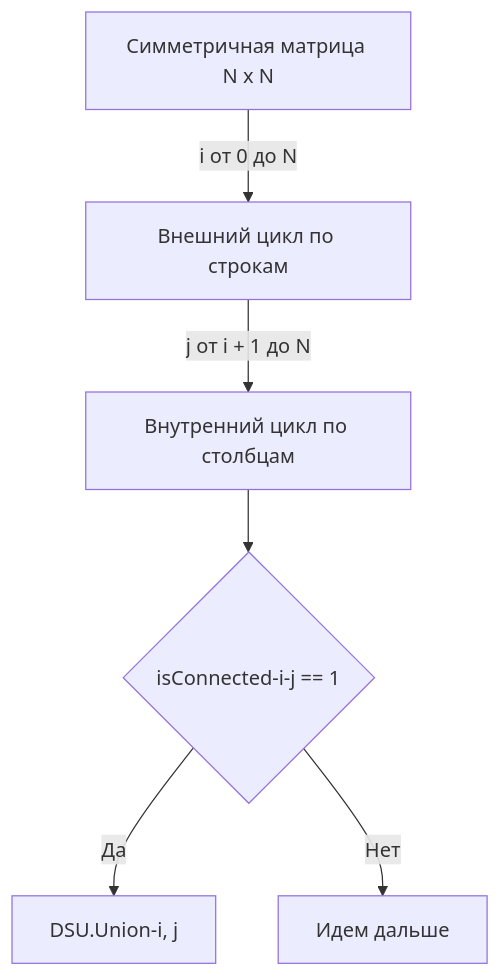
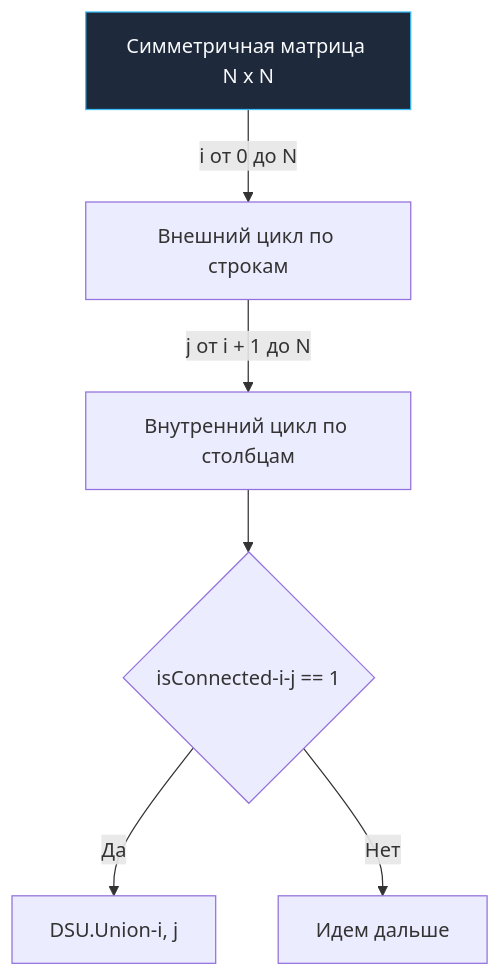
One commit to UnrealTemplier/go-textbook changed the diagram in sources/21. Задачи с LeetCode и собеседований на Go/02. Задачи/15. Union Find/7. Number of Provinces.md. Above: the diagram before and after it, drawn with Mermaid. The commit also changed 1666 other files, not shown here.

First line of the commit message:
feat(mermaid): add semantic color classDef to 1369 colorless flowchart/graph diagrams

````diff
--- a/sources/21. Задачи с LeetCode и собеседований на Go/02. Задачи/15. Union Find/7. Number of Provinces.md
+++ b/sources/21. Задачи с LeetCode и собеседований на Go/02. Задачи/15. Union Find/7. Number of Provinces.md
@@ -33,8 +33,18 @@
 ```mermaid
 graph TD
-    A["Симметричная матрица N x N"] -->|"i от 0 до N"| B["Внешний цикл по строкам"]
+    classDef process  fill:#1e293b,stroke:#38bdf8,stroke-width:1px,color:#f8fafc
+    classDef success  fill:#064e3b,stroke:#34d399,stroke-width:1px,color:#f8fafc
+    classDef error    fill:#7f1d1d,stroke:#f87171,stroke-width:1px,color:#f8fafc
+    classDef warning  fill:#78350f,stroke:#fbbf24,stroke-width:1px,color:#f8fafc
+    classDef entry    fill:#1e3a5f,stroke:#38bdf8,stroke-width:2px,color:#f8fafc
+    classDef aux      fill:#334155,stroke:#64748b,stroke-width:1px,color:#f8fafc
+    classDef system   fill:#312e81,stroke:#a78bfa,stroke-width:1px,color:#f8fafc
+    classDef data     fill:#132d29,stroke:#2dd4bf,stroke-width:1px,color:#f8fafc
+    classDef network  fill:#881337,stroke:#fb7185,stroke-width:1px,color:#f8fafc
+    classDef accent   fill:#1e1b4b,stroke:#818cf8,stroke-width:1px,color:#f8fafc
+    A["Симметричная матрица N x N"]:::process -->|"i от 0 до N"| B["Внешний цикл по строкам"]
     B -->|"j от i + 1 до N"| C["Внутренний цикл по столбцам"]
     C --> D{"isConnected-i-j == 1"}
     D -->|"Да"| E["DSU.Union-i, j"]
     D -->|"Нет"| F["Идем дальше"]
 ```
````
